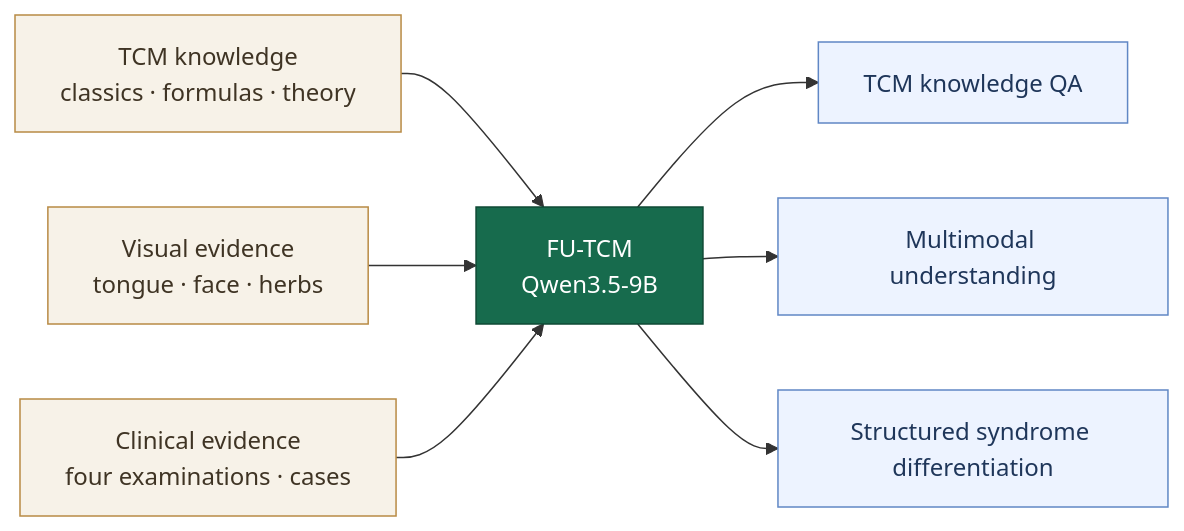
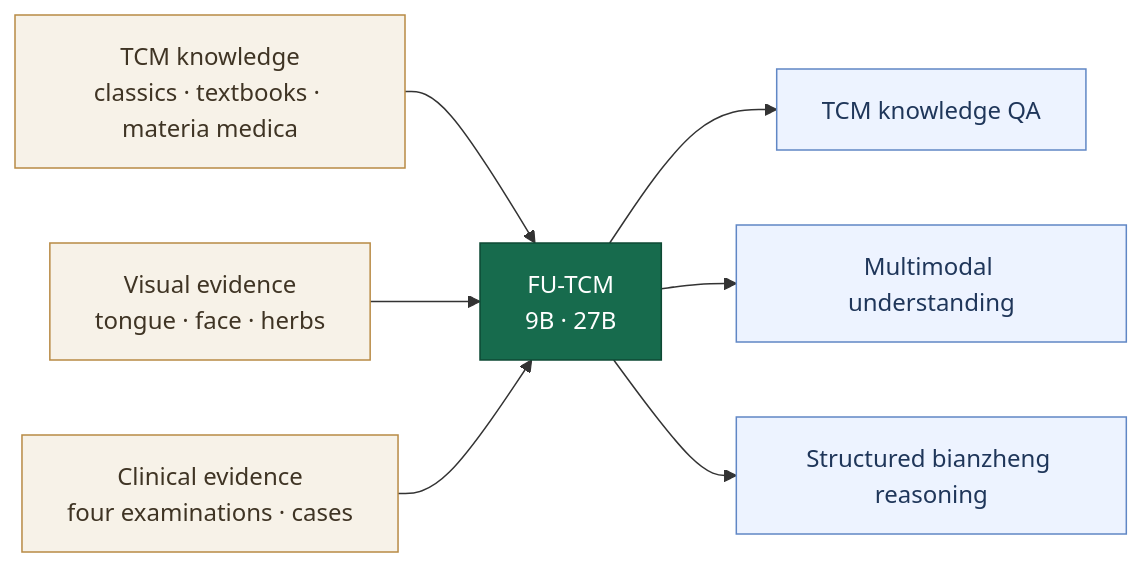
The diagram in README.md (HC-Guo/FU-TCM), drawn with Mermaid before and after one commit. The commit also changed other lines of this file and 27 other files, not shown here.

````diff
--- a/README.md
+++ b/README.md
@@ -50,16 +52,16 @@
 ```mermaid
 flowchart LR
-    K["TCM knowledge<br/>classics · formulas · theory"] --> M["FU-TCM<br/>Qwen3.5-9B"]
+    K["TCM knowledge<br/>classics · textbooks · materia medica"] --> M["FU-TCM<br/>9B · 27B"]
     V["Visual evidence<br/>tongue · face · herbs"] --> M
     C["Clinical evidence<br/>four examinations · cases"] --> M
     M --> Q["TCM knowledge QA"]
     M --> U["Multimodal understanding"]
-    M --> R["Structured syndrome differentiation"]
+    M --> R["Structured bianzheng reasoning"]
 
     classDef input fill:#f7f2e8,stroke:#b88a44,color:#3f3424;
     classDef model fill:#176b4d,stroke:#0e4934,color:#ffffff;
     classDef output fill:#edf3ff,stroke:#6087c5,color:#1f365a;
     class K,V,C input;
     class M model;
     class Q,U,R output;
 ```
````
